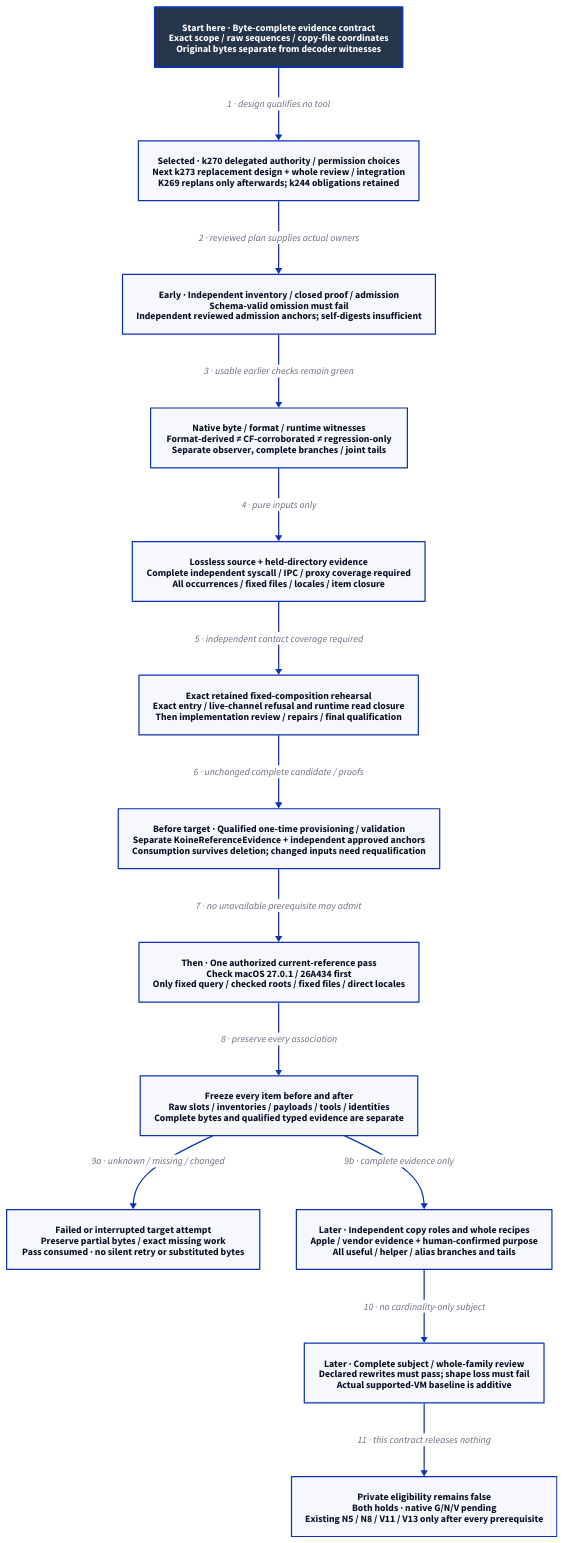
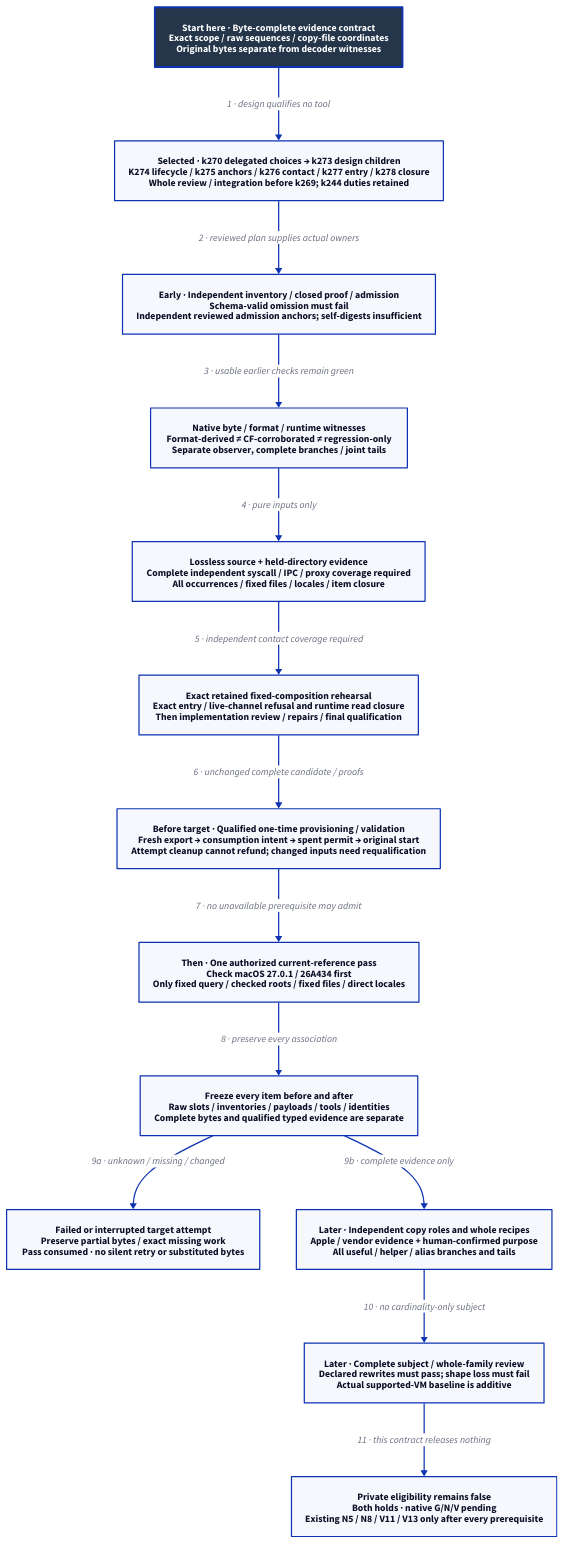
One commit to Linkuistics/Koine changed the diagram in docs/design/architecture/native-reference-evidence.d2. Above: the diagram before and after it, drawn with D2. The commit also changed 17 other files, not shown here.

Commit message:
Design one-time evidence authority lifecycle (reference-evidence-authority-consumption-k274; reference-evidence-admission-repair-k273)

```diff
--- a/docs/design/architecture/native-reference-evidence.d2
+++ b/docs/design/architecture/native-reference-evidence.d2
@@ -1,30 +1,30 @@
 # Admission repair design; mandatory review and replanning precede unbuilt qualification.
 direction: down
 classes: {
   start: {style: {fill: "#25364B"; font-color: "#FFFFFF"; bold: true; stroke-width: 3}}
 }
 Start: "Start here · Byte-complete evidence contract\nExact scope / raw sequences / copy-file coordinates\nOriginal bytes separate from decoder witnesses" {class: start}
-Plan: "Selected · k270 delegated authority / permission choices\nNext k273 replacement design + whole review / integration\nK269 replans only afterwards; k244 obligations retained"
+Plan: "Selected · k270 delegated choices → k273 design children\nK274 lifecycle / k275 anchors / k276 contact / k277 entry / k278 closure\nWhole review / integration before k269; k244 duties retained"
 Replay: "Early · Independent inventory / closed proof / admission\nSchema-valid omission must fail\nIndependent reviewed admission anchors; self-digests insufficient"
 Decode: "Native byte / format / runtime witnesses\nFormat-derived ≠ CF-corroborated ≠ regression-only\nSeparate observer, complete branches / joint tails"
 Source: "Lossless source + held-directory evidence\nComplete independent syscall / IPC / proxy coverage required\nAll occurrences / fixed files / locales / item closure"
 Pure: "Exact retained fixed-composition rehearsal\nExact entry / live-channel refusal and runtime read closure\nThen implementation review / repairs / final qualification"
-Authority: "Before target · Qualified one-time provisioning / validation\nSeparate KoineReferenceEvidence + independent approved anchors\nConsumption survives deletion; changed inputs need requalification"
+Authority: "Before target · Qualified one-time provisioning / validation\nFresh export → consumption intent → spent permit → original start\nAttempt cleanup cannot refund; changed inputs need requalification"
 Pass: "Then · One authorized current-reference pass\nCheck macOS 27.0.1 / 26A434 first\nOnly fixed query / checked roots / fixed files / direct locales"
 Closure: "Freeze every item before and after\nRaw slots / inventories / payloads / tools / identities\nComplete bytes and qualified typed evidence are separate"
 Failed: "Failed or interrupted target attempt\nPreserve partial bytes / exact missing work\nPass consumed · no silent retry or substituted bytes"
 Roles: "Later · Independent copy roles and whole recipes\nApple / vendor evidence + human-confirmed purpose\nAll useful / helper / alias branches and tails"
 Review: "Later · Complete subject / whole-family review\nDeclared rewrites must pass; shape loss must fail\nActual supported-VM baseline is additive"
 Hold: "Private eligibility remains false\nBoth holds · native G/N/V pending\nExisting N5 / N8 / V11 / V13 only after every prerequisite"
 Start -> Plan: "1 · design qualifies no tool"
 Plan -> Replay: "2 · reviewed plan supplies actual owners"
 Replay -> Decode: "3 · usable earlier checks remain green"
 Decode -> Source: "4 · pure inputs only"
 Source -> Pure: "5 · independent contact coverage required"
 Pure -> Authority: "6 · unchanged complete candidate / proofs"
 Authority -> Pass: "7 · no unavailable prerequisite may admit"
 Pass -> Closure: "8 · preserve every association"
 Closure -> Failed: "9a · unknown / missing / changed"
 Closure -> Roles: "9b · complete evidence only"
 Roles -> Review: "10 · no cardinality-only subject"
 Review -> Hold: "11 · this contract releases nothing"
```
